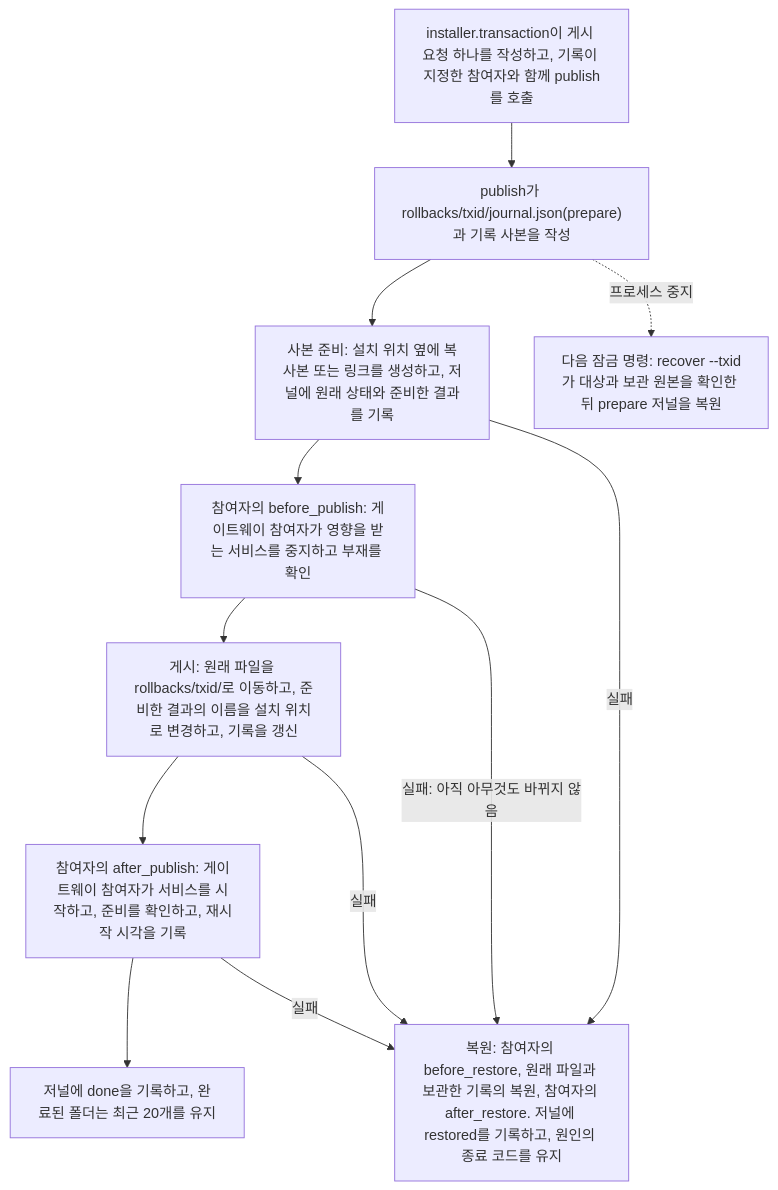
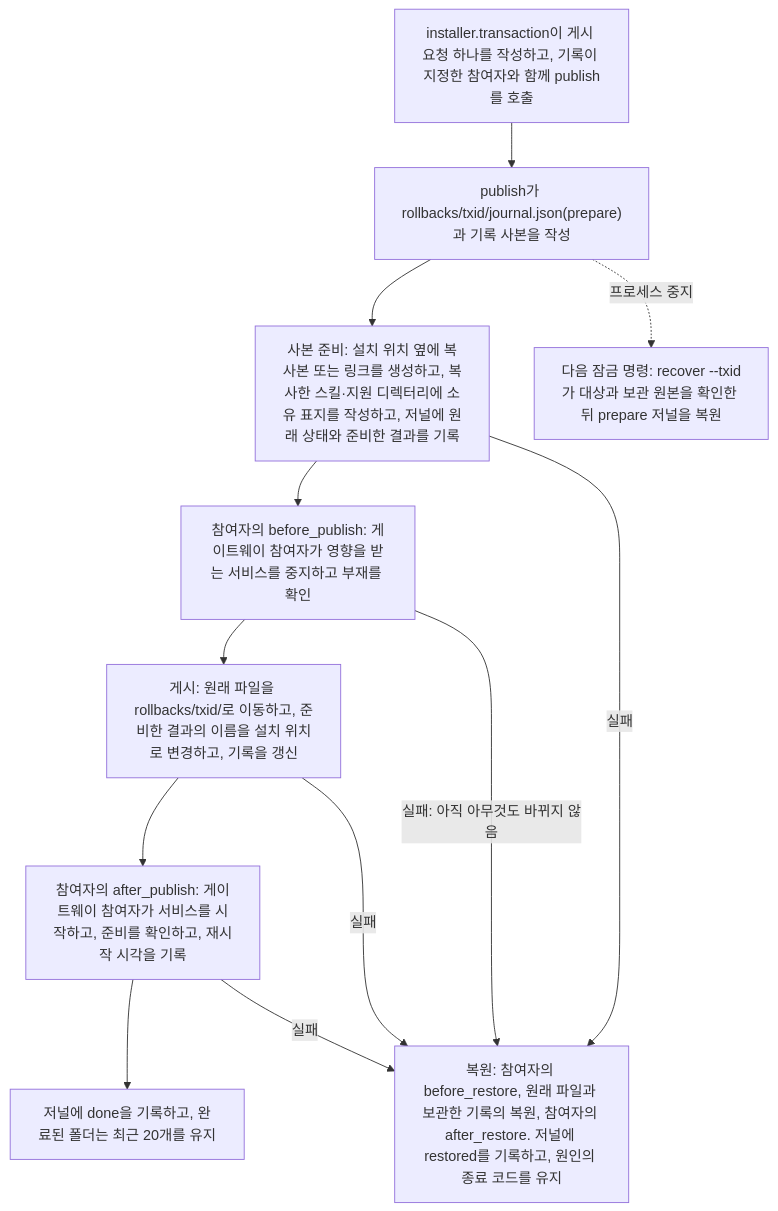
Before and after one commit to AidALL/ghost-alice: the first of 2 diagrams in docs/ko/reference/installer-architecture.md, drawn with Mermaid. The commit also changed other lines of this file and 69 other files, not shown here.

````diff
--- a/docs/ko/reference/installer-architecture.md
+++ b/docs/ko/reference/installer-architecture.md
@@ -114,18 +114,18 @@
 ```mermaid
 flowchart TB
     REQ["installer.transaction이 게시 요청 하나를 작성하고, 기록이 지정한 참여자와 함께 publish를 호출"]
     JR["publish가 rollbacks/txid/journal.json(prepare)과 기록 사본을 작성"]
-    ST["사본 준비: 설치 위치 옆에 복사본 또는 링크를 생성하고, 저널에 원래 상태와 준비한 결과를 기록"]
+    ST["사본 준비: 설치 위치 옆에 복사본 또는 링크를 생성하고, 복사한 스킬·지원 디렉터리에 소유 표지를 작성하고, 저널에 원래 상태와 준비한 결과를 기록"]
     BEF["참여자의 before_publish: 게이트웨이 참여자가 영향을 받는 서비스를 중지하고 부재를 확인"]
     PUB["게시: 원래 파일을 rollbacks/txid/로 이동하고, 준비한 결과의 이름을 설치 위치로 변경하고, 기록을 갱신"]
     AFT["참여자의 after_publish: 게이트웨이 참여자가 서비스를 시작하고, 준비를 확인하고, 재시작 시각을 기록"]
     DONE["저널에 done을 기록하고, 완료된 폴더는 최근 20개를 유지"]
     RS["복원: 참여자의 before_restore, 원래 파일과 보관한 기록의 복원, 참여자의 after_restore. 저널에 restored를 기록하고, 원인의 종료 코드를 유지"]
     NEXT["다음 잠금 명령: recover --txid가 대상과 보관 원본을 확인한 뒤 prepare 저널을 복원"]
     REQ --> JR --> ST --> BEF --> PUB --> AFT --> DONE
     ST -->|"실패"| RS
     BEF -->|"실패: 아직 아무것도 바뀌지 않음"| RS
     PUB -->|"실패"| RS
     AFT -->|"실패"| RS
     JR -.->|"프로세스 중지"| NEXT
 ```
````
